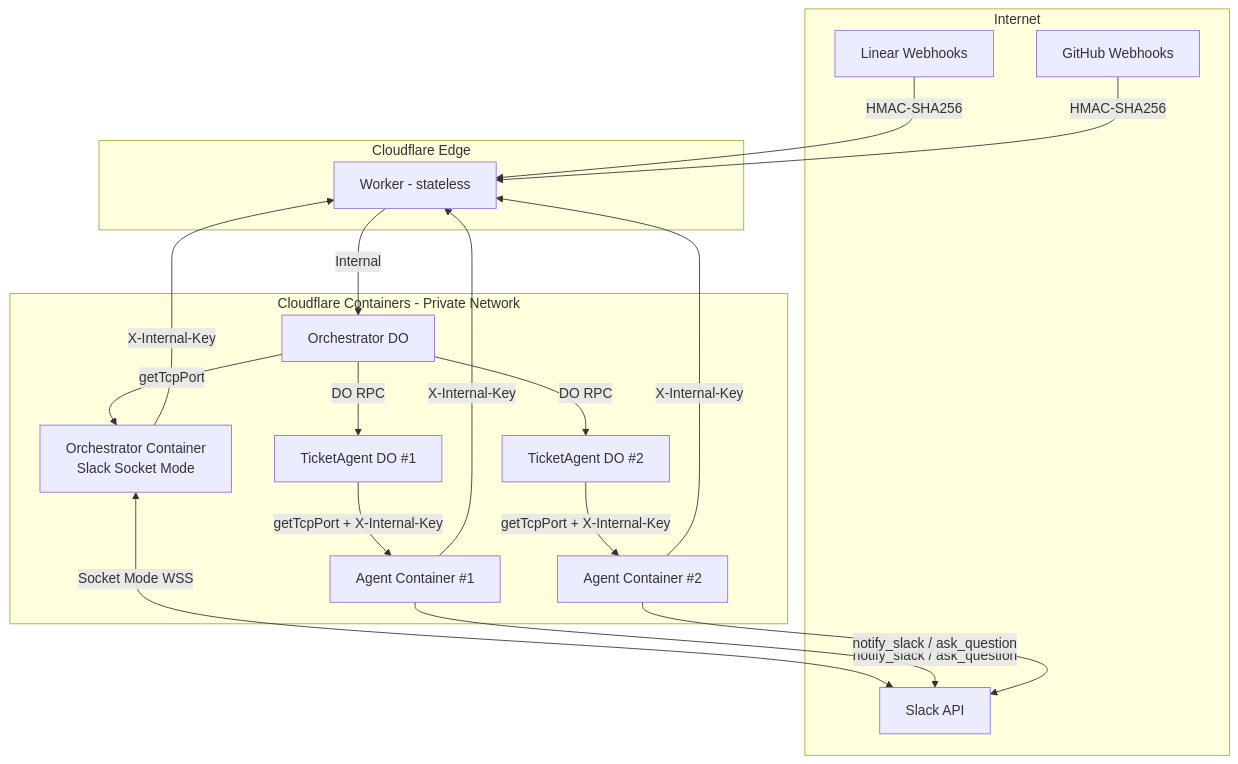
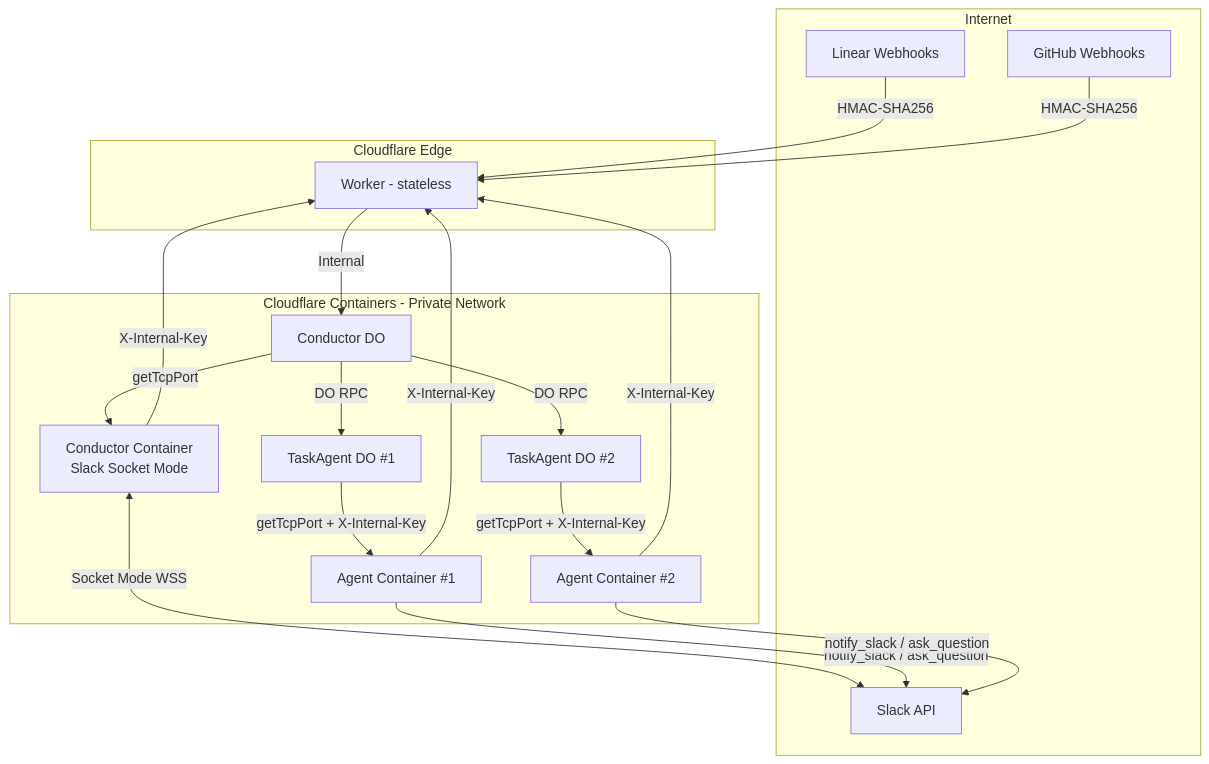
Before and after one commit to fryanpan/product-engineer: the diagram in docs/product/security.md, drawn with Mermaid. The commit also changed other lines of this file and 34 other files, not shown here.

First line of the commit message:
docs: update all documentation for task/conductor terminology

````diff
--- a/docs/product/security.md
+++ b/docs/product/security.md
@@ -11,36 +11,36 @@
 ```mermaid
 graph TB
     subgraph "Internet"
         Linear[Linear Webhooks]
         GitHub[GitHub Webhooks]
         SlackAPI[Slack API]
     end
 
     subgraph "Cloudflare Edge"
         Worker[Worker - stateless]
     end
 
     subgraph "Cloudflare Containers - Private Network"
-        OrcDO[Orchestrator DO]
-        OrcContainer[Orchestrator Container<br/>Slack Socket Mode]
-        TA1[TicketAgent DO #1]
+        ConductorDO[Conductor DO]
+        ConductorContainer[Conductor Container<br/>Slack Socket Mode]
+        TA1[TaskAgent DO #1]
         TA1C[Agent Container #1]
-        TA2[TicketAgent DO #2]
+        TA2[TaskAgent DO #2]
         TA2C[Agent Container #2]
     end
 
     Linear -->|HMAC-SHA256| Worker
     GitHub -->|HMAC-SHA256| Worker
-    Worker -->|Internal| OrcDO
-    OrcContainer <-->|Socket Mode WSS| SlackAPI
-    OrcContainer -->|X-Internal-Key| Worker
-    OrcDO -->|getTcpPort| OrcContainer
-    OrcDO -->|DO RPC| TA1
-    OrcDO -->|DO RPC| TA2
+    Worker -->|Internal| ConductorDO
+    ConductorContainer <-->|Socket Mode WSS| SlackAPI
+    ConductorContainer -->|X-Internal-Key| Worker
+    ConductorDO -->|getTcpPort| ConductorContainer
+    ConductorDO -->|DO RPC| TA1
+    ConductorDO -->|DO RPC| TA2
     TA1 -->|getTcpPort + X-Internal-Key| TA1C
     TA2 -->|getTcpPort + X-Internal-Key| TA2C
     TA1C -->|X-Internal-Key| Worker
     TA2C -->|X-Internal-Key| Worker
     TA1C -->|notify_slack / ask_question| SlackAPI
     TA2C -->|notify_slack / ask_question| SlackAPI
 ```
````
